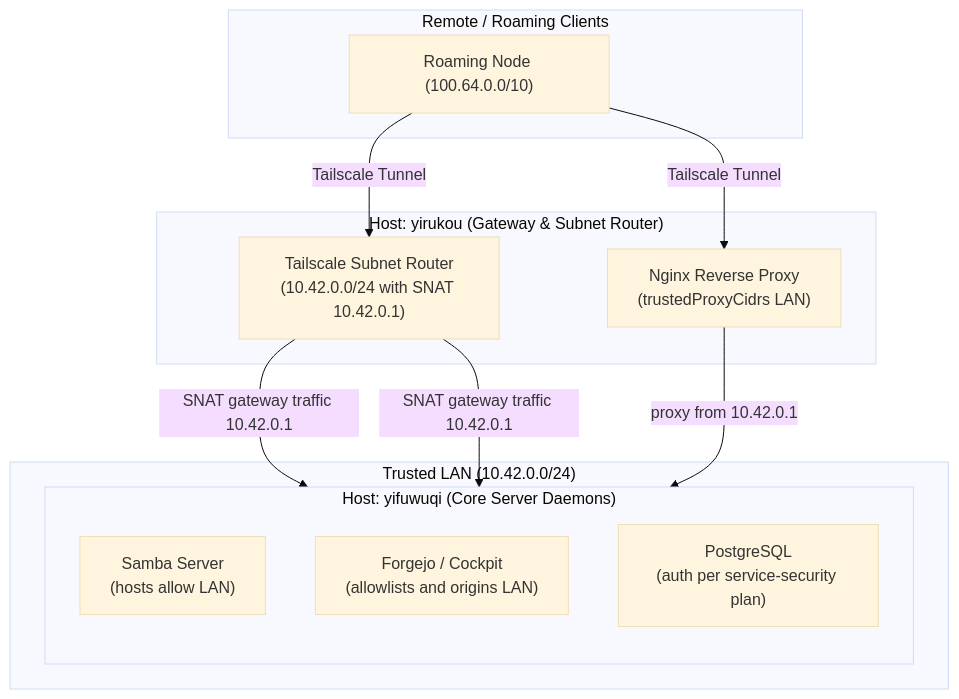
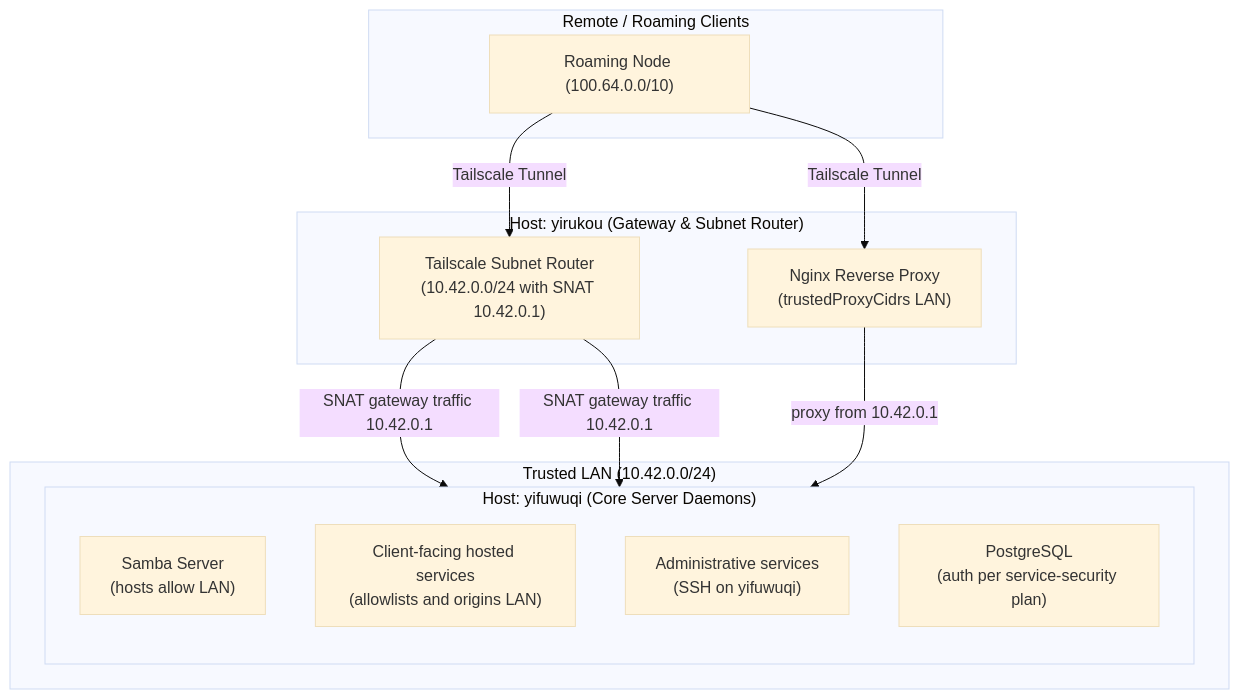
The first of 2 diagrams in docs/src/plans/vpn-to-lan-migration-plan.md (categoricalcat/nixos), drawn with Mermaid (base theme) before and after one commit. The commit also changed other lines of this file and 5 other files, not shown here.

````diff
--- a/docs/src/plans/vpn-to-lan-migration-plan.md
+++ b/docs/src/plans/vpn-to-lan-migration-plan.md
@@ -13,26 +21,27 @@
 ```mermaid
 flowchart TD
     subgraph External["Remote / Roaming Clients"]
         REMOTE["Roaming Node (100.64.0.0/10)"]
     end
 
     subgraph Gateway["Host: yirukou (Gateway & Subnet Router)"]
         SR["Tailscale Subnet Router<br/>(10.42.0.0/24 with SNAT 10.42.0.1)"]
         NGX["Nginx Reverse Proxy<br/>(trustedProxyCidrs LAN)"]
     end
 
     subgraph LAN["Trusted LAN (10.42.0.0/24)"]
         subgraph Yifuwuqi["Host: yifuwuqi (Core Server Daemons)"]
             direction TB
             SMB["Samba Server<br/>(hosts allow LAN)"]
-            APPS["Forgejo / Cockpit<br/>(allowlists and origins LAN)"]
+            APPS["Client-facing hosted services<br/>(allowlists and origins LAN)"]
+            ADMIN["Administrative services<br/>(SSH on yifuwuqi)"]
             PG["PostgreSQL<br/>(auth per service-security plan)"]
         end
     end
 
     REMOTE -->|Tailscale Tunnel| SR
     REMOTE -->|Tailscale Tunnel| NGX
     SR -->|SNAT gateway traffic 10.42.0.1| SMB
     SR -->|SNAT gateway traffic 10.42.0.1| PG
     NGX -->|proxy from 10.42.0.1| APPS
 ```
````
